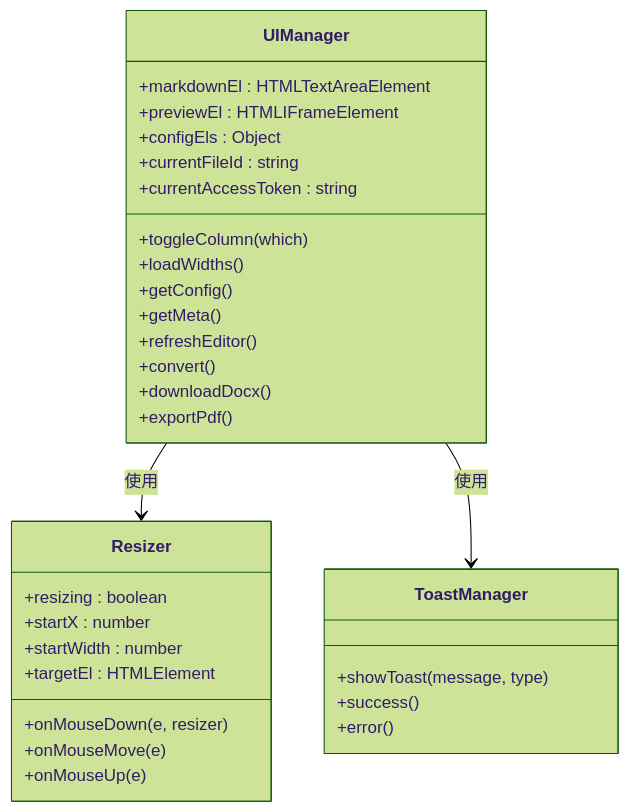
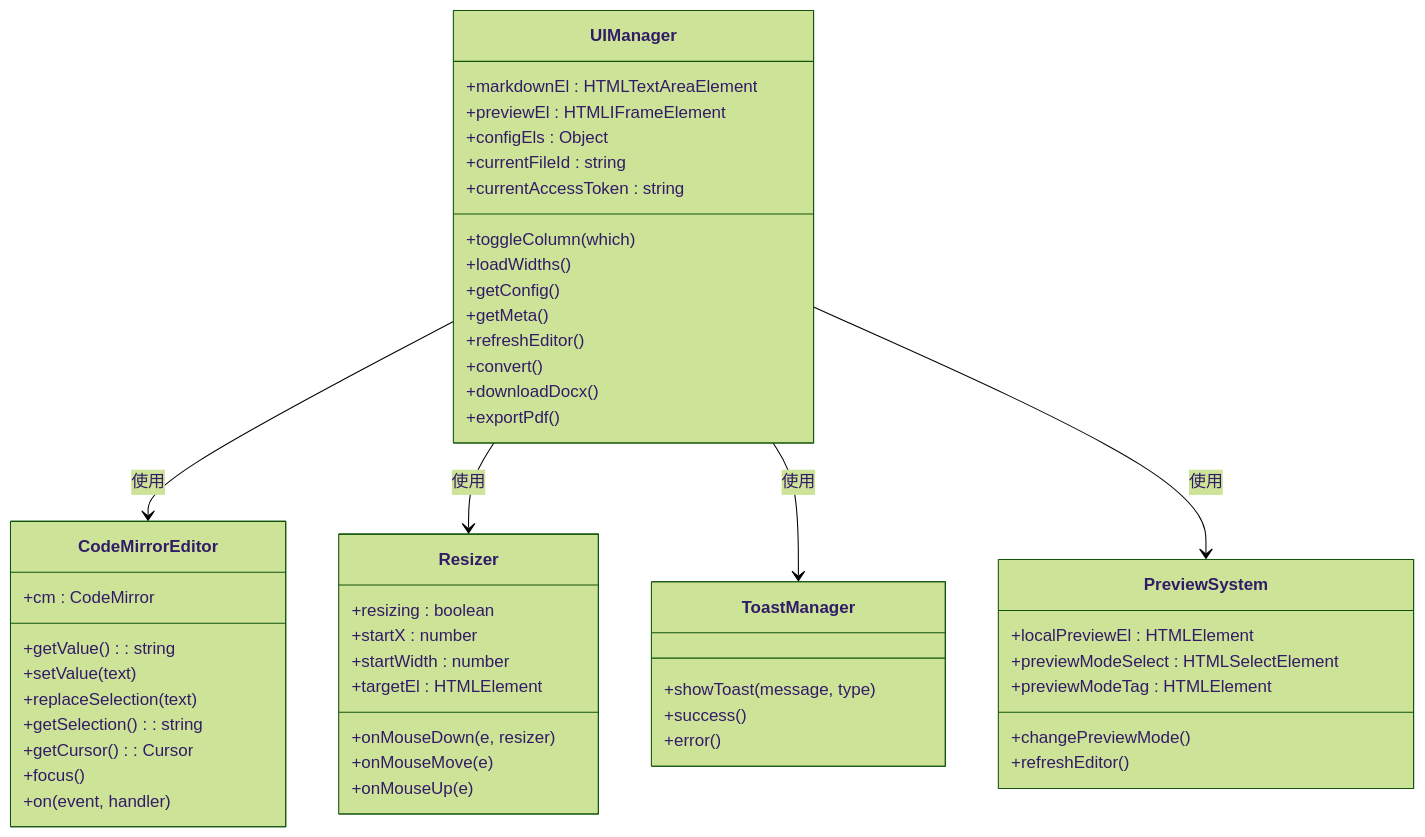
One commit to wanwushelie/markdown-to-word-studio changed the second of 12 diagrams in .lingma/repowiki/zh/content/用户指南/前端界面现代化.md. Above: the diagram before and after it, drawn with Mermaid (forest theme). The commit also changed other lines of this file and 7 other files, not shown here.

````diff
--- a/.lingma/repowiki/zh/content/用户指南/前端界面现代化.md
+++ b/.lingma/repowiki/zh/content/用户指南/前端界面现代化.md
@@ -100,34 +128,53 @@
 ```mermaid
 classDiagram
 class UIManager {
 +markdownEl : HTMLTextAreaElement
 +previewEl : HTMLIFrameElement
 +configEls : Object
 +currentFileId : string
 +currentAccessToken : string
 +toggleColumn(which)
 +loadWidths()
 +getConfig()
 +getMeta()
 +refreshEditor()
 +convert()
 +downloadDocx()
 +exportPdf()
 }
+class CodeMirrorEditor {
++cm : CodeMirror
++getValue() : string
++setValue(text)
++replaceSelection(text)
++getSelection() : string
++getCursor() : Cursor
++focus()
++on(event, handler)
+}
 class Resizer {
 +resizing : boolean
 +startX : number
 +startWidth : number
 +targetEl : HTMLElement
 +onMouseDown(e, resizer)
 +onMouseMove(e)
 +onMouseUp(e)
 }
 class ToastManager {
 +showToast(message, type)
 +success()
 +error()
 }
+class PreviewSystem {
++localPreviewEl : HTMLElement
++previewModeSelect : HTMLSelectElement
++previewModeTag : HTMLElement
++changePreviewMode()
++refreshEditor()
+}
+UIManager --> CodeMirrorEditor : 使用
 UIManager --> Resizer : 使用
 UIManager --> ToastManager : 使用
+UIManager --> PreviewSystem : 使用
 ```
````
